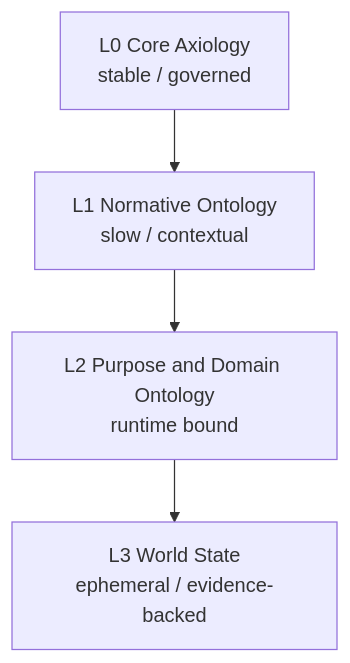
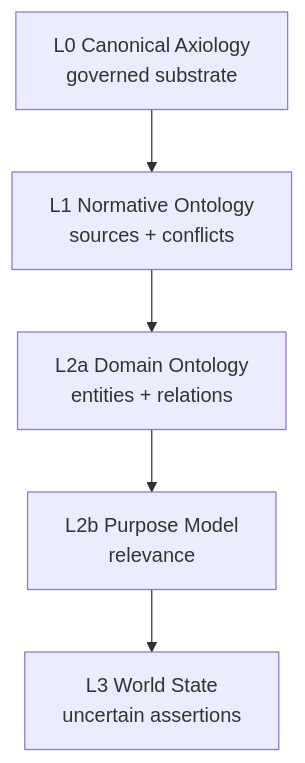
Before and after one commit to jmsbooth/value-grounded-ai-alignment: the diagram in diagrams/ontology-layers.mmd, drawn with Mermaid. The commit also changed 309 other files, not shown here.

```diff
--- a/diagrams/ontology-layers.mmd
+++ b/diagrams/ontology-layers.mmd
@@ -1,4 +1,5 @@
 flowchart TB
-  L0[L0 Core Axiology<br/>stable / governed] --> L1[L1 Normative Ontology<br/>slow / contextual]
-  L1 --> L2[L2 Purpose and Domain Ontology<br/>runtime bound]
-  L2 --> L3[L3 World State<br/>ephemeral / evidence-backed]
+  L0[L0 Canonical Axiology<br/>governed substrate] --> L1[L1 Normative Ontology<br/>sources + conflicts]
+  L1 --> L2A[L2a Domain Ontology<br/>entities + relations]
+  L2A --> L2B[L2b Purpose Model<br/>relevance]
+  L2B --> L3[L3 World State<br/>uncertain assertions]
```
